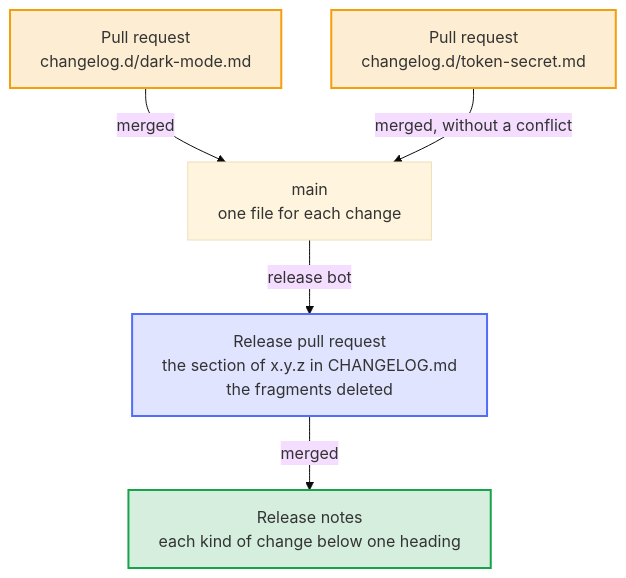
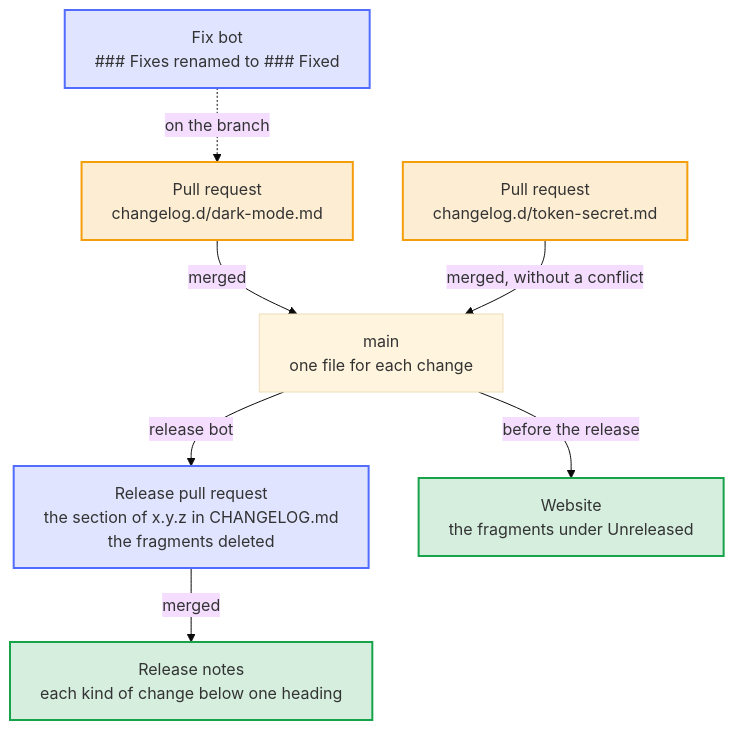
One commit to Dennis-Otto/repo-blueprint changed the diagram in docs/diagrams/the-changelog-without-conflicts.mmd. Above: the diagram before and after it, drawn with Mermaid (base theme). The commit also changed 26 other files, not shown here.

First line of the commit message:
feat: show changelog fragments on the website and heal their heading typos

```diff
--- a/docs/diagrams/the-changelog-without-conflicts.mmd
+++ b/docs/diagrams/the-changelog-without-conflicts.mmd
@@ -1,26 +1,30 @@
 ---
 config:
   flowchart:
     wrappingWidth: 400
 ---
 flowchart TB
     accTitle: The changelog without conflicts
-    accDescr: Two pull requests each add a file of their own to changelog.d, so they merge into main one after the other without a conflict. The release bot writes the section of the next release from the fragments and the text of Unreleased into CHANGELOG.md of the release pull request, and deletes the fragments in the same commit. Merging it makes that section the notes of the release.
+    accDescr: Two pull requests each add a file of their own to changelog.d, so they merge into main one after the other without a conflict. The release bot writes the section of the next release from the fragments and the text of Unreleased into CHANGELOG.md of the release pull request, and deletes the fragments in the same commit. Merging it makes that section the notes of the release. Until then, the website shows the entries of the fragments under Unreleased, and the fix bot renames a heading of a fragment that surely means a kind of change.
 
     a["Pull request<br>changelog.d/dark-mode.md"]
     b["Pull request<br>changelog.d/token-secret.md"]
     main["main<br>one file for each change"]
     rpr["Release pull request<br>the section of x.y.z in CHANGELOG.md<br>the fragments deleted"]
+    fix["Fix bot<br>### Fixes renamed to ### Fixed"]
+    site["Website<br>the fragments under Unreleased"]
     notes["Release notes<br>each kind of change below one heading"]
 
+    fix -. "on the branch" .-> a
     a -- "merged" --> main
     b -- "merged, without a conflict" --> main
+    main -- "before the release" --> site
     main -- "release bot" --> rpr
     rpr -- "merged" --> notes
 
     classDef person fill:#f59e0b2e,stroke:#f59e0b,stroke-width:2px
     classDef bot fill:#526cfe2e,stroke:#526cfe,stroke-width:2px
     classDef done fill:#16a34a2e,stroke:#16a34a,stroke-width:2px
     class a,b person
-    class rpr bot
-    class notes done
+    class rpr,fix bot
+    class notes,site done
```
